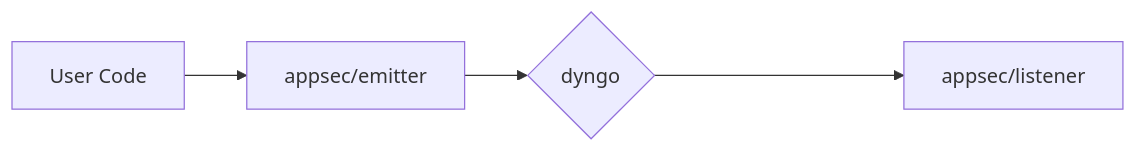
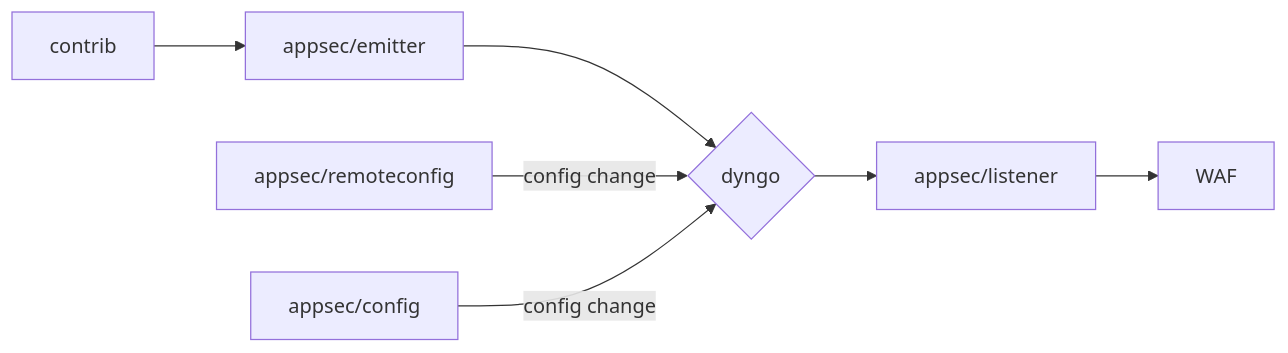
One commit to DataDog/dd-trace-go changed the second of 4 diagrams in internal/appsec/README.md. Above: the diagram before and after it, drawn with Mermaid. The commit also changed other lines of this file, not shown here.

Commit message:
internal/appsec: better docs

````diff
--- a/internal/appsec/README.md
+++ b/internal/appsec/README.md
@@ -28,5 +28,7 @@
 ```mermaid
 flowchart LR
 
-UserCode[User Code] --> appsec/emitter --> IG{dyngo} -----> appsec/listener
+UserCode[contrib] --> appsec/emitter --> IG{dyngo} --> appsec/listener --> WAF
+appsec/remoteconfig -->|config change| IG
+appsec/config -->|config change| IG
 ```
````
